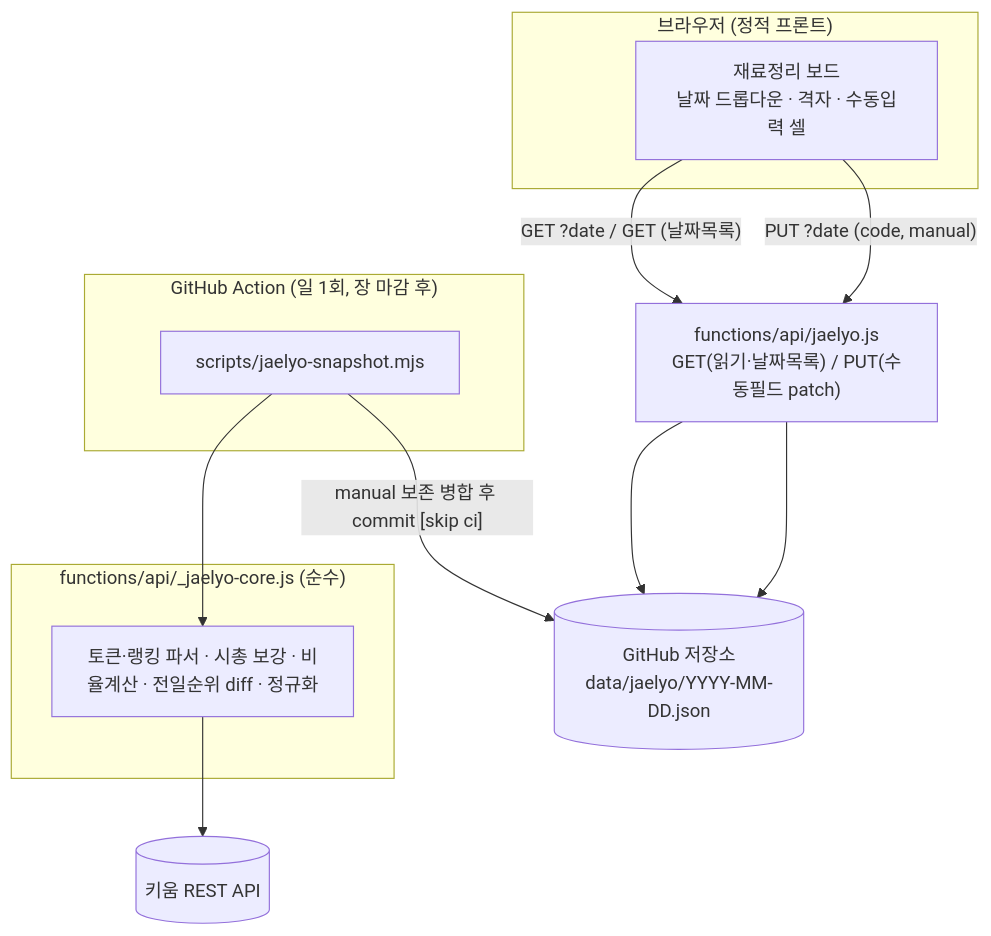
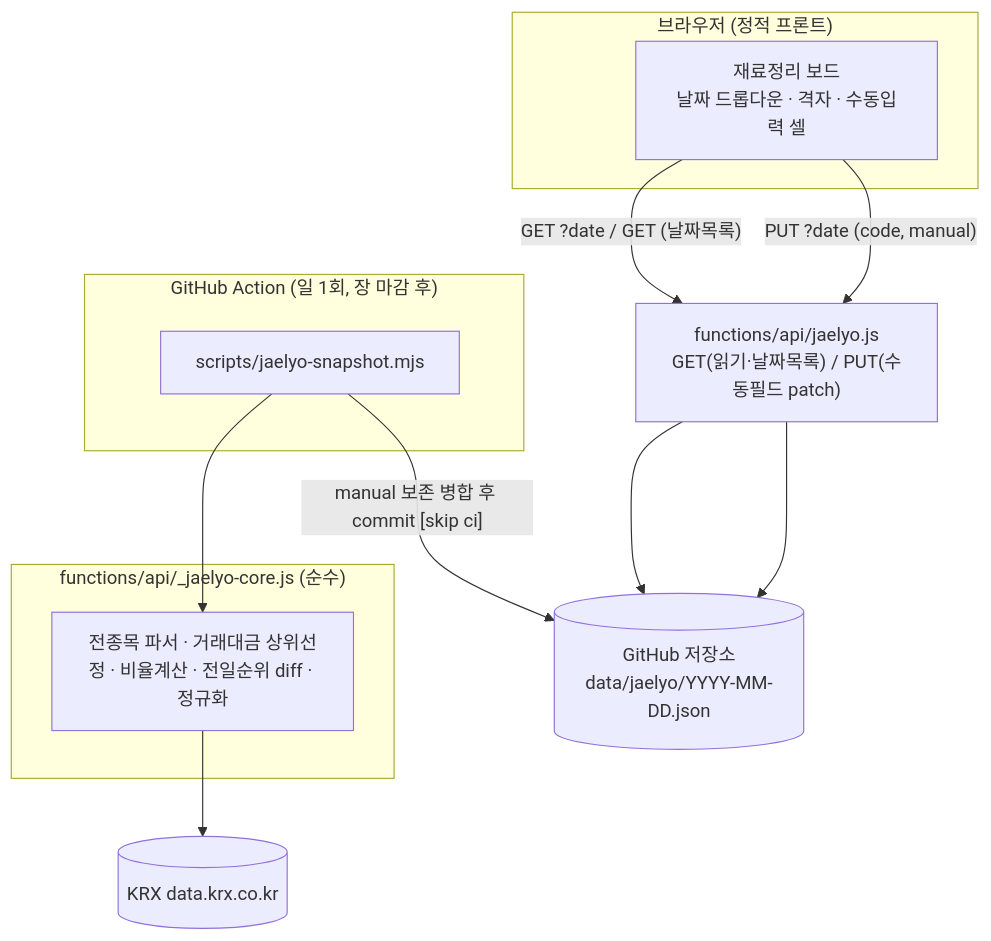
The diagram in docs/plans/2026-06-11-001-feat-daily-jaelyo-board-plan.md (dayday-kim-101/big-board), drawn with Mermaid before and after one commit. The commit also changed other lines of this file and 7 other files, not shown here.

````diff
--- a/docs/plans/2026-06-11-001-feat-daily-jaelyo-board-plan.md
+++ b/docs/plans/2026-06-11-001-feat-daily-jaelyo-board-plan.md
@@ -66,20 +67,20 @@
 ```mermaid
 flowchart TD
     subgraph Action["GitHub Action (일 1회, 장 마감 후)"]
         S["scripts/jaelyo-snapshot.mjs"]
     end
     subgraph Core["functions/api/_jaelyo-core.js (순수)"]
-        P["토큰·랭킹 파서 · 시총 보강 · 비율계산 · 전일순위 diff · 정규화"]
+        P["전종목 파서 · 거래대금 상위선정 · 비율계산 · 전일순위 diff · 정규화"]
     end
-    K[("키움 REST API")]
+    K[("KRX data.krx.co.kr")]
     GH[("GitHub 저장소<br/>data/jaelyo/YYYY-MM-DD.json")]
     subgraph Browser["브라우저 (정적 프론트)"]
         UI["재료정리 보드<br/>날짜 드롭다운 · 격자 · 수동입력 셀"]
     end
     F["functions/api/jaelyo.js<br/>GET(읽기·날짜목록) / PUT(수동필드 patch)"]
 
     S --> P --> K
     S -- "manual 보존 병합 후 commit [skip ci]" --> GH
     UI -- "GET ?date / GET (날짜목록)" --> F --> GH
     UI -- "PUT ?date (code, manual)" --> F --> GH
 ```
````
